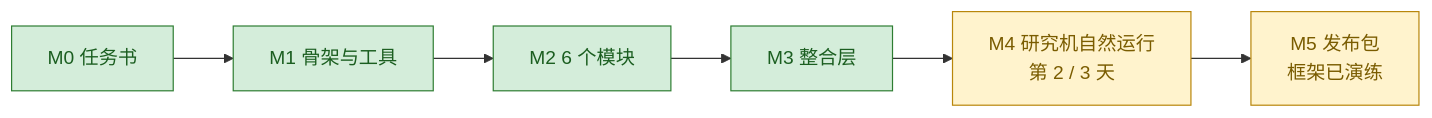
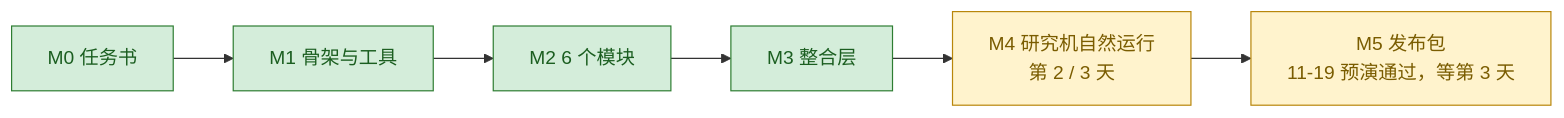
One commit to JulyWA/lp-monitor-3.0-snapshot changed the first of 4 diagrams in protocol-docs/lp-market-3.0-modular-brief.md. Above: the diagram before and after it, drawn with Mermaid. The commit also changed other lines of this file and 2 other files, not shown here.

````diff
--- a/protocol-docs/lp-market-3.0-modular-brief.md
+++ b/protocol-docs/lp-market-3.0-modular-brief.md
@@ -9,6 +9,6 @@
 ```mermaid
 flowchart LR
-  M0["M0 任务书"]:::done --> M1["M1 骨架与工具"]:::done --> M2["M2 6 个模块"]:::done --> M3["M3 整合层"]:::done --> M4["M4 研究机自然运行<br/>第 2 / 3 天"]:::doing --> M5["M5 发布包<br/>框架已演练"]:::doing
+  M0["M0 任务书"]:::done --> M1["M1 骨架与工具"]:::done --> M2["M2 6 个模块"]:::done --> M3["M3 整合层"]:::done --> M4["M4 研究机自然运行<br/>第 2 / 3 天"]:::doing --> M5["M5 发布包<br/>11-19 预演通过，等第 3 天"]:::doing
   classDef done fill:#d4edda,stroke:#2e7d32,color:#1b5e20
   classDef doing fill:#fff3cd,stroke:#b8860b,color:#7a5c00
 ```
````
